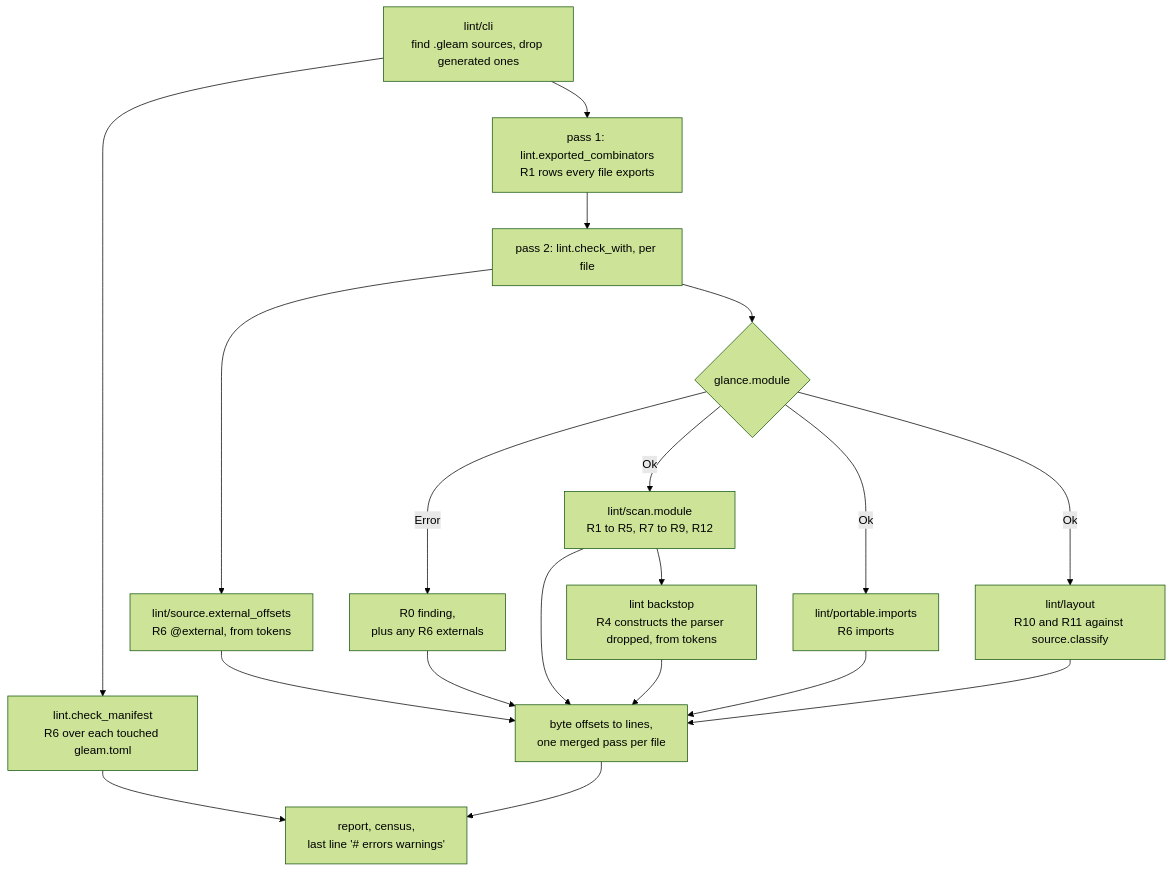
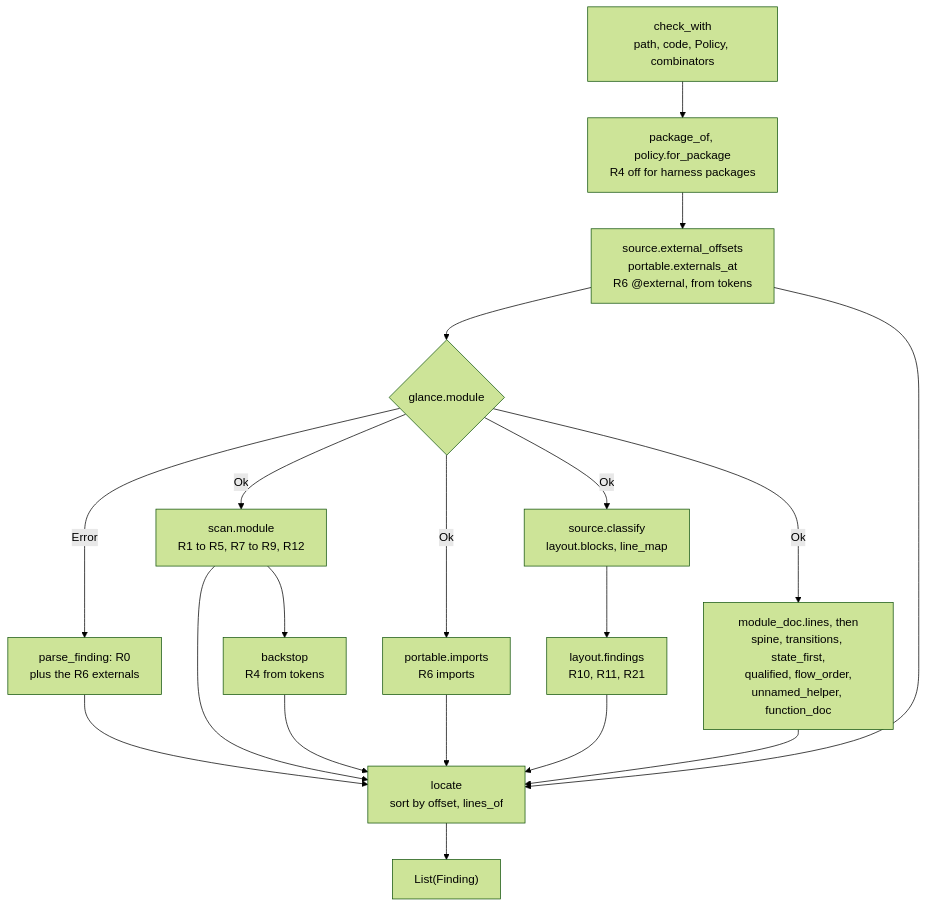
The third of 5 diagrams in packages/lint/README.md (Roasbeef/pondline), drawn with Mermaid (forest theme) before and after one commit. The commit also changed other lines of this file and 9 other files, not shown here.

First line of the commit message:
docs: add package and system architecture documents

````diff
--- a/packages/lint/README.md
+++ b/packages/lint/README.md
@@ -83,34 +253,31 @@
 ```mermaid
 flowchart TD
-    CLI["lint/cli<br/>find .gleam sources, drop generated ones"]
-    P1["pass 1: lint.exported_combinators<br/>R1 rows every file exports"]
-    P2["pass 2: lint.check_with, per file"]
-    TOK["lint/source.external_offsets<br/>R6 @external, from tokens"]
-    PARSE{"glance.module"}
-    R0["R0 finding,<br/>plus any R6 externals"]
-    SCAN["lint/scan.module<br/>R1 to R5, R7 to R9, R12"]
-    BACK["lint backstop<br/>R4 constructs the parser dropped, from tokens"]
-    PORT["lint/portable.imports<br/>R6 imports"]
-    LAY["lint/layout<br/>R10 and R11 against source.classify"]
-    MAN["lint.check_manifest<br/>R6 over each touched gleam.toml"]
-    LOC["byte offsets to lines,<br/>one merged pass per file"]
-    OUT["report, census,<br/>last line '# errors warnings'"]
+    in["check_with<br/>path, code, Policy, combinators"]
+    pkg["package_of, policy.for_package<br/>R4 off for harness packages"]
+    ext["source.external_offsets<br/>portable.externals_at<br/>R6 @external, from tokens"]
+    parse{"glance.module"}
+    r0["parse_finding: R0<br/>plus the R6 externals"]
+    sc["scan.module<br/>R1 to R5, R7 to R9, R12"]
+    bk["backstop<br/>R4 from tokens"]
+    pi["portable.imports<br/>R6 imports"]
+    cl["source.classify<br/>layout.blocks, line_map"]
+    ly["layout.findings<br/>R10, R11, R21"]
+    or["module_doc.lines, then<br/>spine, transitions, state_first,<br/>qualified, flow_order,<br/>unnamed_helper, function_doc"]
+    lo["locate<br/>sort by offset, lines_of"]
+    out["List(Finding)"]
 
-    CLI --> P1 --> P2
-    P2 --> TOK
-    P2 --> PARSE
-    PARSE -->|Error| R0
-    PARSE -->|Ok| SCAN
-    SCAN --> BACK
-    PARSE -->|Ok| PORT
-    PARSE -->|Ok| LAY
-    CLI --> MAN
-    TOK --> LOC
-    R0 --> LOC
-    SCAN --> LOC
-    BACK --> LOC
-    PORT --> LOC
-    LAY --> LOC
-    MAN --> OUT
-    LOC --> OUT
+    in --> pkg --> ext --> parse
+    parse -- "Error" --> r0 --> lo
+    parse -- "Ok" --> sc
+    parse -- "Ok" --> cl
+    parse -- "Ok" --> or
+    sc --> bk
+    sc --> lo
+    bk --> lo
+    pi --> lo
+    cl --> ly --> lo
+    or --> lo
+    ext --> lo
+    parse -- "Ok" --> pi
+    lo --> out
 ```
````
